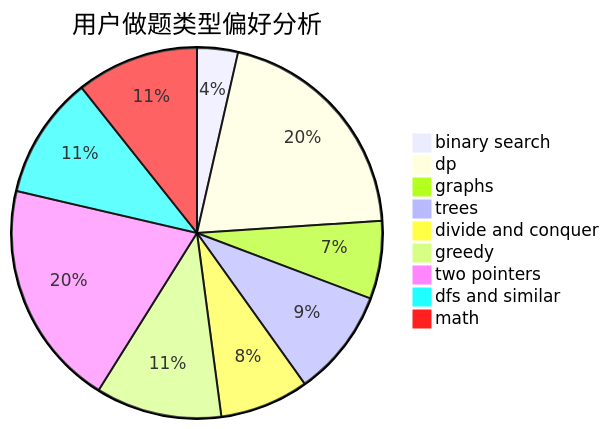
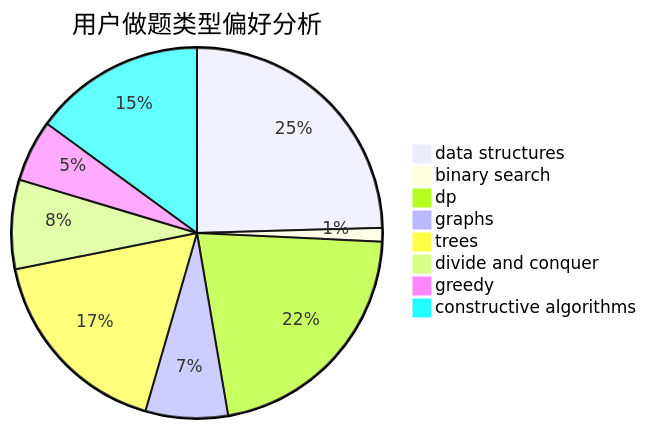
One commit to sherpahu/cfrs.github.io changed the second of 3 diagrams in docs/user/u2595.md. Above: the diagram before and after it, drawn with Mermaid. The commit also changed other lines of this file and 2775 other files, not shown here.

````diff
--- a/docs/user/u2595.md
+++ b/docs/user/u2595.md
@@ -23,12 +23,11 @@
 ```mermaid
 pie title 用户做题类型偏好分析
-    "binary search" :  11
-    "dp" :  63
-    "graphs" :  21
+    "data structures" :  41
+    "binary search" :  2
+    "dp" :  36
+    "graphs" :  12
     "trees" :  29
-    "divide and conquer" :  24
-    "greedy" :  34
-    "two pointers" :  61
-    "dfs and similar" :  33
-    "math" :  33
+    "divide and conquer" :  13
+    "greedy" :  9
+    "constructive algorithms" :  25
 ```
````
